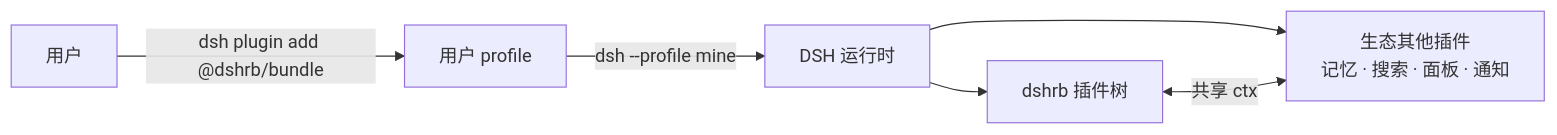
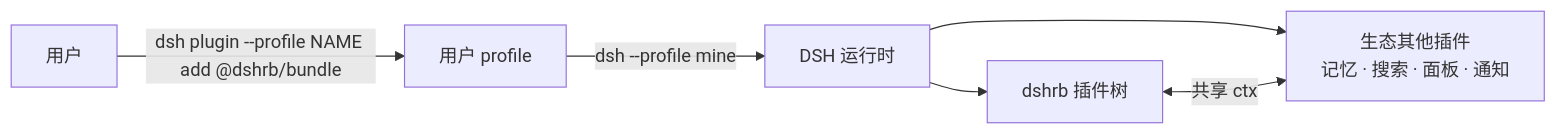
One commit to chaojixinren/dsh-reviewer-bot changed the third of 5 diagrams in docs/08-deployment-modes.md. Above: the diagram before and after it, drawn with Mermaid. The commit also changed 9 other files, not shown here.

First line of the commit message:
docs: 同步 npm 发布状态，修正 dsh plugin --profile 必填语法

````diff
--- a/docs/08-deployment-modes.md
+++ b/docs/08-deployment-modes.md
@@ -105,8 +105,8 @@
 ```mermaid
 flowchart LR
-    U["用户"] -->|"dsh plugin add @dshrb/bundle"| P["用户 profile"]
+    U["用户"] -->|"dsh plugin --profile NAME add @dshrb/bundle"| P["用户 profile"]
     P -->|"dsh --profile mine"| RT["DSH 运行时"]
     RT --> DSHRB["dshrb 插件树"]
     RT --> OTHER["生态其他插件<br/>记忆 · 搜索 · 面板 · 通知"]
     DSHRB <-->|"共享 ctx"| OTHER
 ```
````
